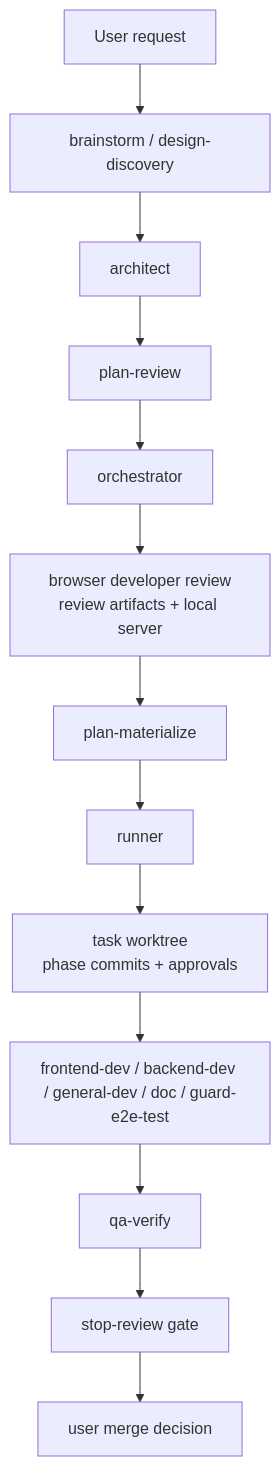
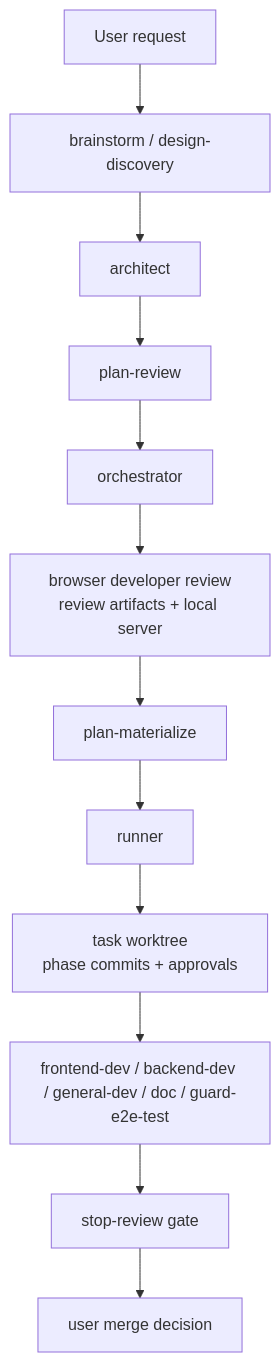
Before and after one commit to SeoJaeWan/try-claude-code: the tenth of 14 diagrams in docs/claude-code-workflow-evolution.md, drawn with Mermaid. The commit also changed other lines of this file and 13 other files, not shown here.

````diff
--- a/docs/claude-code-workflow-evolution.md
+++ b/docs/claude-code-workflow-evolution.md
@@ -492,18 +492,17 @@
 ```mermaid
 flowchart TD
     U["User request"]
     LOCK["brainstorm / design-discovery"]
     ARCH["architect"]
     REVIEW["plan-review"]
     ORCH["orchestrator"]
     DEVREV["browser developer review<br/>review artifacts + local server"]
     MAT["plan-materialize"]
     RUN["runner"]
     WT["task worktree<br/>phase commits + approvals"]
     EXEC["frontend-dev / backend-dev / general-dev / doc / guard-e2e-test"]
-    QA["qa-verify"]
     STOP["stop-review gate"]
     MERGE["user merge decision"]
 
-    U --> LOCK --> ARCH --> REVIEW --> ORCH --> DEVREV --> MAT --> RUN --> WT --> EXEC --> QA --> STOP --> MERGE
+    U --> LOCK --> ARCH --> REVIEW --> ORCH --> DEVREV --> MAT --> RUN --> WT --> EXEC --> STOP --> MERGE
 ```
````
